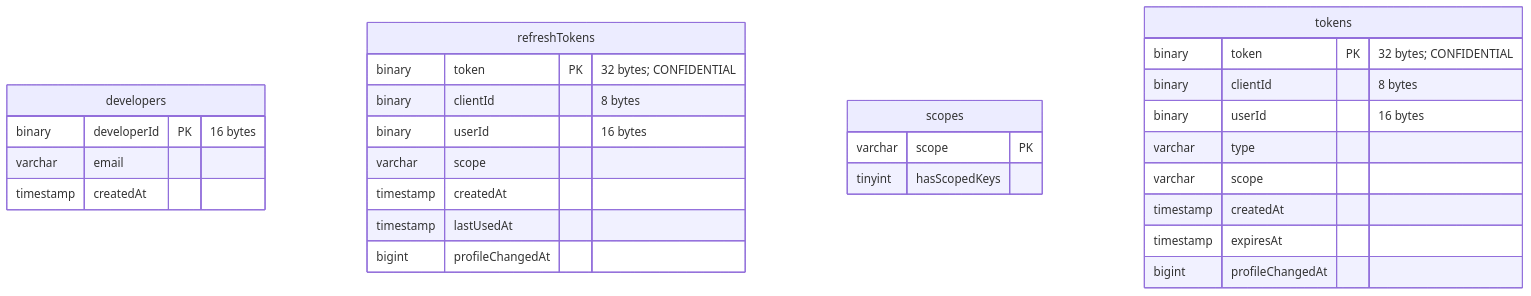
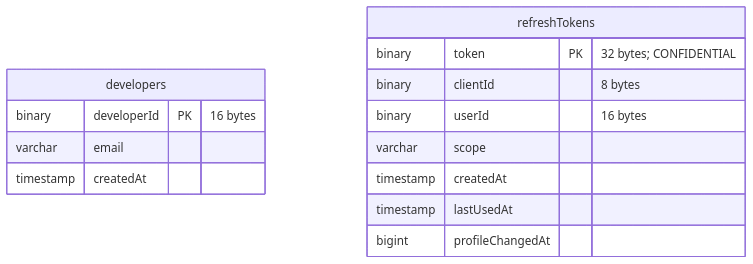
One commit to mozilla/ecosystem-platform changed diagram 15 of 18 in docs/reference/database-structure.md. Above: the diagram before and after it, drawn with Mermaid. The commit also changed other lines of this file, not shown here.

````diff
--- a/docs/reference/database-structure.md
+++ b/docs/reference/database-structure.md
@@ -299,31 +342,17 @@
 ```mermaid
 erDiagram
     developers {
         binary developerId PK "16 bytes"
         varchar email
         timestamp createdAt
     }
     refreshTokens {
         binary token PK "32 bytes; CONFIDENTIAL"
         binary clientId "8 bytes"
         binary userId "16 bytes"
         varchar scope
         timestamp createdAt
         timestamp lastUsedAt
         bigint profileChangedAt
     }
-    scopes {
-        varchar scope PK
-        tinyint hasScopedKeys
-    }
-    tokens {
-        binary token PK "32 bytes; CONFIDENTIAL"
-        binary clientId "8 bytes"
-        binary userId "16 bytes"
-        varchar type
-        varchar scope
-        timestamp createdAt
-        timestamp expiresAt
-        bigint profileChangedAt
-    }
 ```
````
